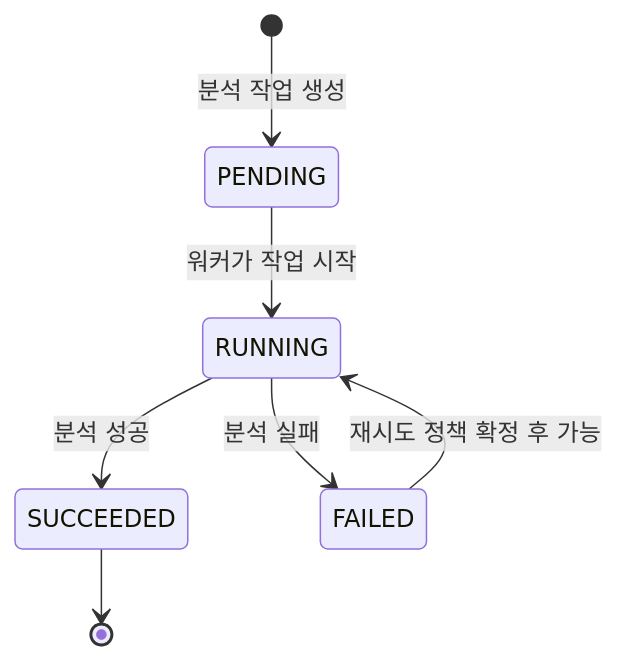
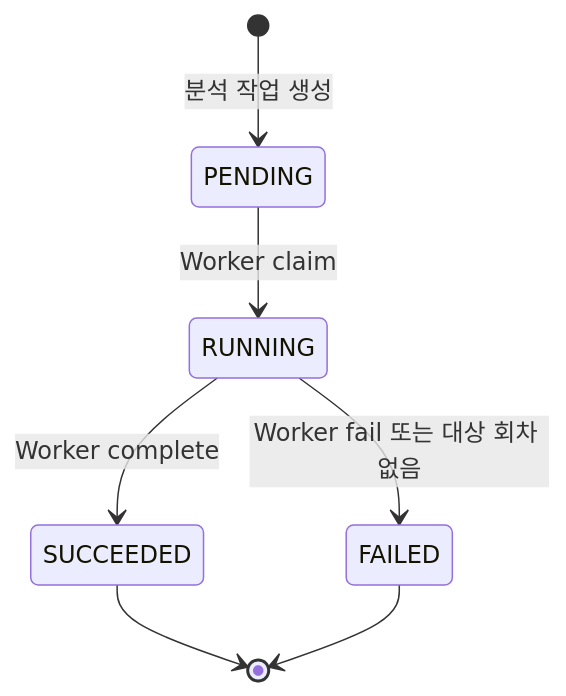
The eighth of 8 diagrams in docs/analysis-workflow.md (catchhole-soma/catchhole-backend-java), drawn with Mermaid before and after one commit. The commit also changed other lines of this file and 17 other files, not shown here.

````diff
--- a/docs/analysis-workflow.md
+++ b/docs/analysis-workflow.md
@@ -229,9 +229,9 @@
 ```mermaid
 stateDiagram-v2
     [*] --> PENDING: 분석 작업 생성
-    PENDING --> RUNNING: 워커가 작업 시작
-    RUNNING --> SUCCEEDED: 분석 성공
-    RUNNING --> FAILED: 분석 실패
-    FAILED --> RUNNING: 재시도 정책 확정 후 가능
+    PENDING --> RUNNING: Worker claim
+    RUNNING --> SUCCEEDED: Worker complete
+    RUNNING --> FAILED: Worker fail 또는 대상 회차 없음
     SUCCEEDED --> [*]
+    FAILED --> [*]
 ```
````
